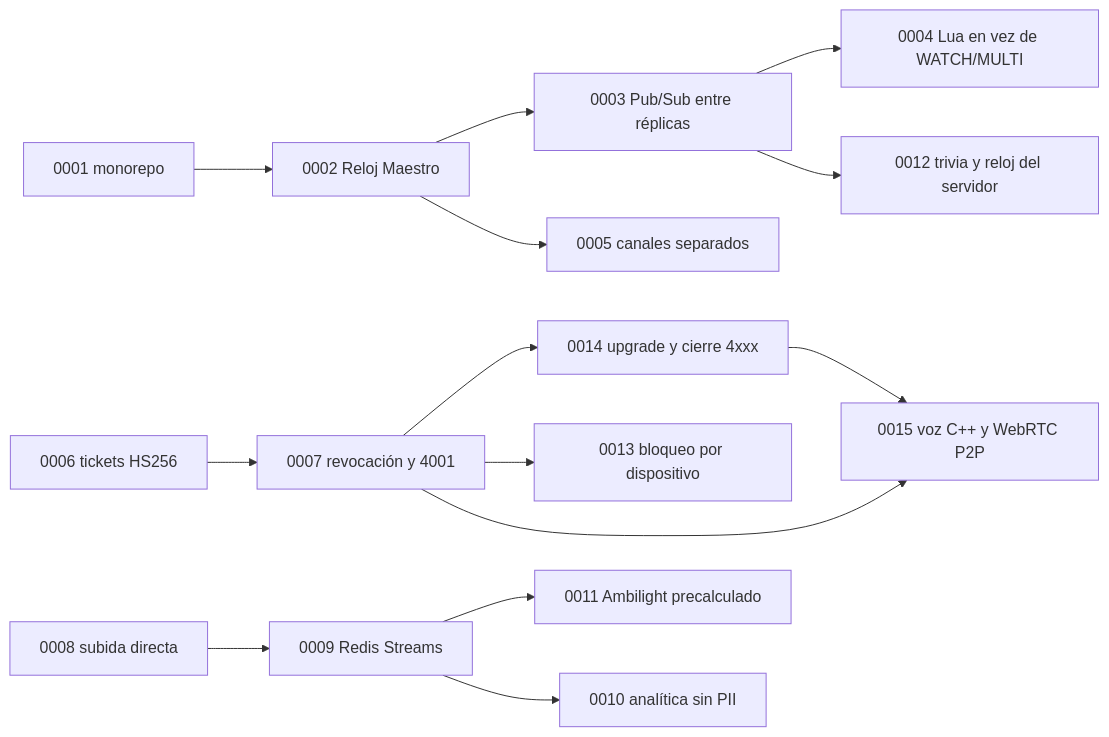
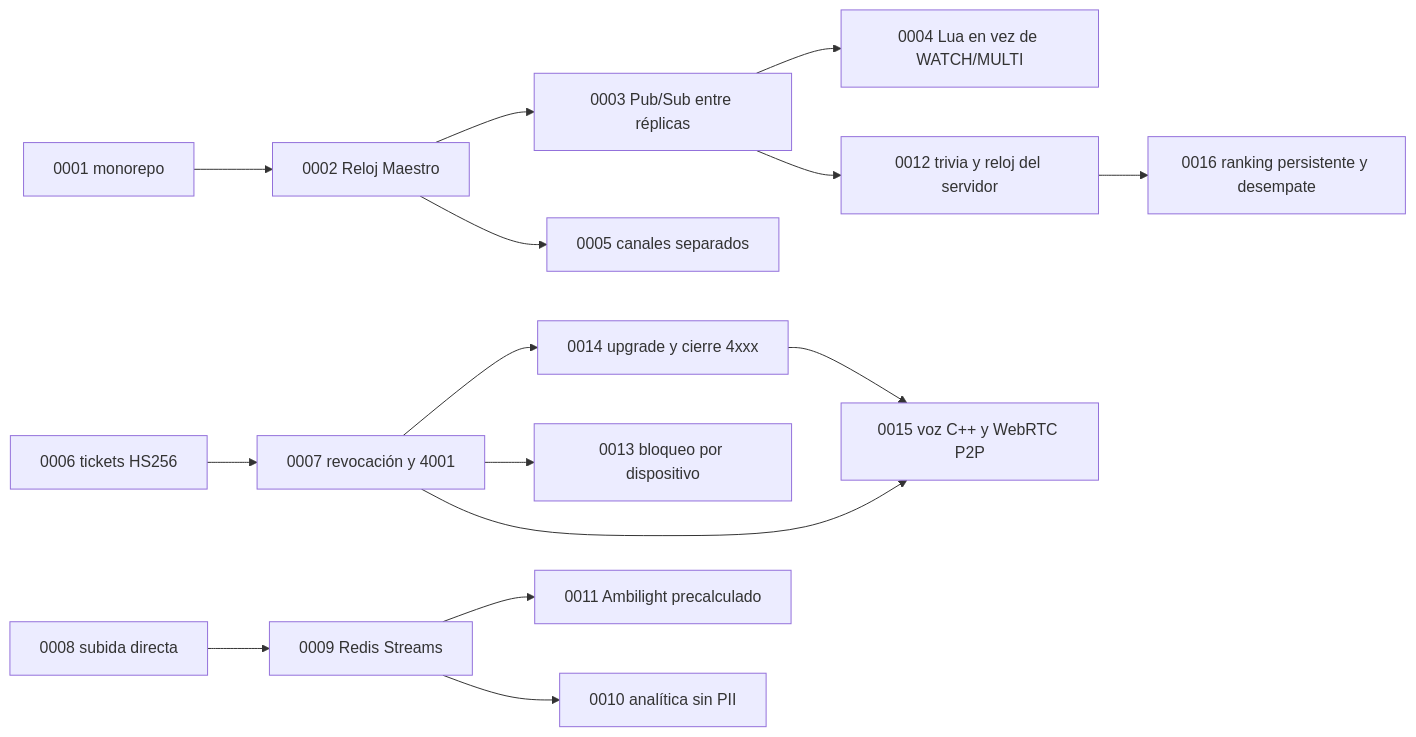
Before and after one commit to TINTOrganization/TINT: the diagram in docs/adr/README.md, drawn with Mermaid. The commit also changed other lines of this file and 8 other files, not shown here.

````diff
--- a/docs/adr/README.md
+++ b/docs/adr/README.md
@@ -27,16 +28,17 @@
 ```mermaid
 flowchart LR
     A1["0001 monorepo"] --> A2["0002 Reloj Maestro"]
     A2 --> A3["0003 Pub/Sub entre réplicas"]
     A3 --> A4["0004 Lua en vez de WATCH/MULTI"]
     A2 --> A5["0005 canales separados"]
     A6["0006 tickets HS256"] --> A7["0007 revocación y 4001"]
     A7 --> A14["0014 upgrade y cierre 4xxx"]
     A7 --> A13["0013 bloqueo por dispositivo"]
     A7 --> A15["0015 voz C++ y WebRTC P2P"]
     A14 --> A15
     A8["0008 subida directa"] --> A9["0009 Redis Streams"]
     A9 --> A11["0011 Ambilight precalculado"]
     A9 --> A10["0010 analítica sin PII"]
     A3 --> A12["0012 trivia y reloj del servidor"]
+    A12 --> A16["0016 ranking persistente y desempate"]
 ```
````
